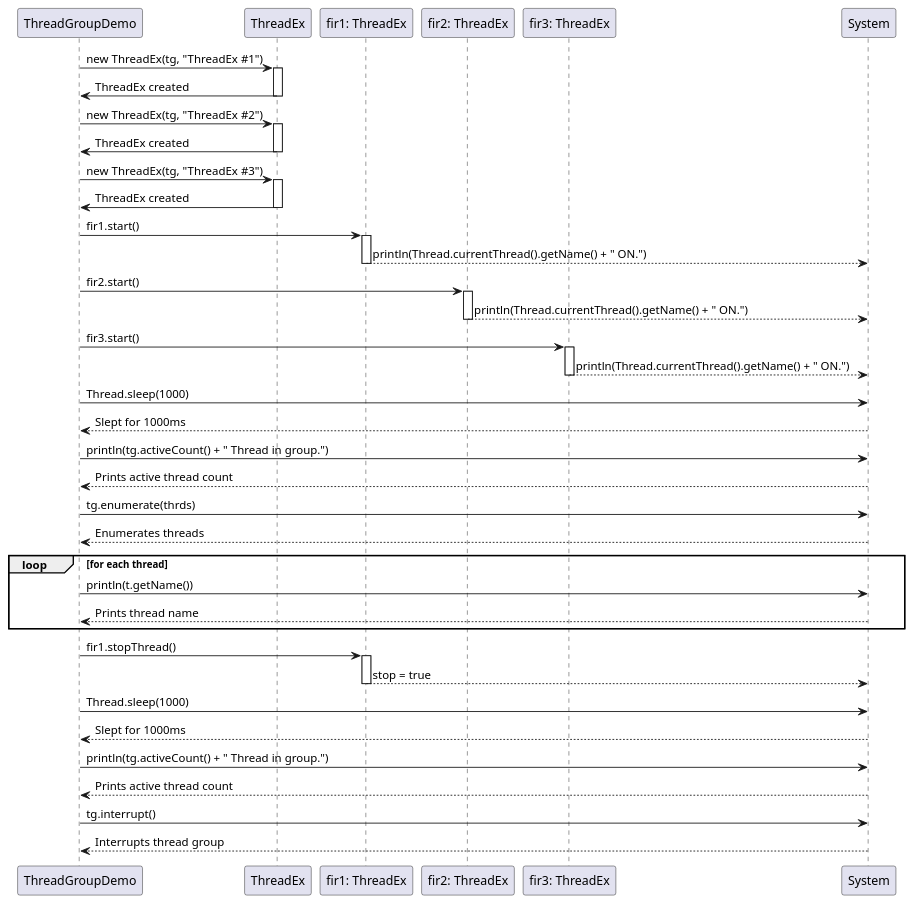
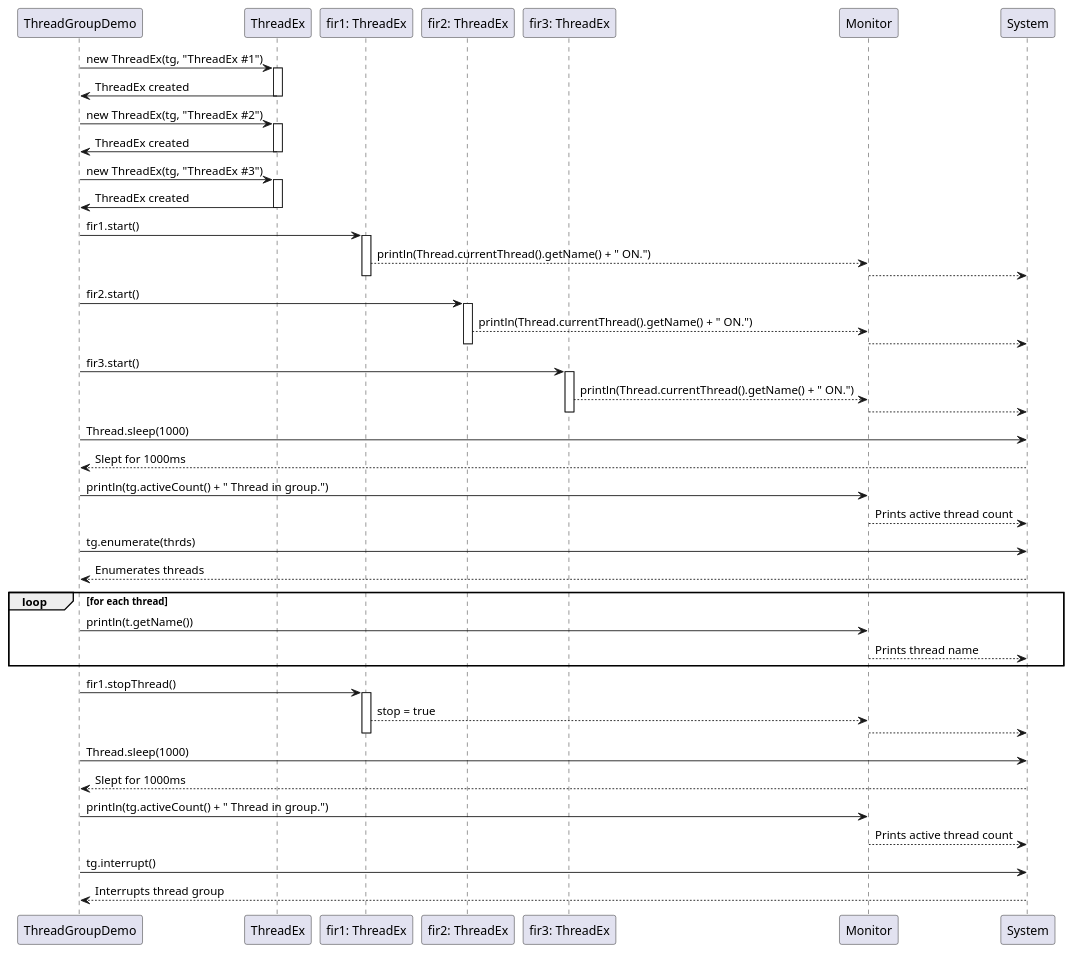
One commit to ileacosmin/IleaCosmin_30333_RTSLAB changed the diagram in RTS/src/Lab3/example4/diagrams/sequenceDiagram.puml. Above: the diagram before and after it, drawn with PlantUML. The commit also changed 20 other files, not shown here.

```diff
--- a/RTS/src/Lab3/example4/diagrams/sequenceDiagram.puml
+++ b/RTS/src/Lab3/example4/diagrams/sequenceDiagram.puml
@@ -1,68 +1,73 @@
 @startuml
 
 participant "ThreadGroupDemo" as ThreadGroupDemo
 participant "ThreadEx" as ThreadEx
 participant "fir1: ThreadEx" as fir1
 participant "fir2: ThreadEx" as fir2
 participant "fir3: ThreadEx" as fir3
+participant "Monitor" as Monitor
 participant "System" as System
 
 ThreadGroupDemo -> ThreadEx: new ThreadEx(tg, "ThreadEx #1")
 activate ThreadEx
 ThreadEx -> ThreadGroupDemo: ThreadEx created
 deactivate ThreadEx
 
 ThreadGroupDemo -> ThreadEx: new ThreadEx(tg, "ThreadEx #2")
 activate ThreadEx
 ThreadEx -> ThreadGroupDemo: ThreadEx created
 deactivate ThreadEx
 
 ThreadGroupDemo -> ThreadEx: new ThreadEx(tg, "ThreadEx #3")
 activate ThreadEx
 ThreadEx -> ThreadGroupDemo: ThreadEx created
 deactivate ThreadEx
 
 ThreadGroupDemo -> fir1: fir1.start()
 activate fir1
-fir1 --> System: println(Thread.currentThread().getName() + " ON.")
+fir1 --> Monitor: println(Thread.currentThread().getName() + " ON.")
+Monitor --> System
 deactivate fir1
 
 ThreadGroupDemo -> fir2: fir2.start()
 activate fir2
-fir2 --> System: println(Thread.currentThread().getName() + " ON.")
+fir2 --> Monitor: println(Thread.currentThread().getName() + " ON.")
+Monitor --> System
 deactivate fir2
 
 ThreadGroupDemo -> fir3: fir3.start()
 activate fir3
-fir3 --> System: println(Thread.currentThread().getName() + " ON.")
+fir3 --> Monitor: println(Thread.currentThread().getName() + " ON.")
+Monitor --> System
 deactivate fir3
 
 ThreadGroupDemo -> System: Thread.sleep(1000)
 System --> ThreadGroupDemo: Slept for 1000ms
 
-ThreadGroupDemo -> System: println(tg.activeCount() + " Thread in group.")
-System --> ThreadGroupDemo: Prints active thread count
+ThreadGroupDemo -> Monitor: println(tg.activeCount() + " Thread in group.")
+Monitor --> System: Prints active thread count
 
 ThreadGroupDemo -> System: tg.enumerate(thrds)
 System --> ThreadGroupDemo: Enumerates threads
 
 loop for each thread
-    ThreadGroupDemo -> System: println(t.getName())
-    System --> ThreadGroupDemo: Prints thread name
+    ThreadGroupDemo -> Monitor: println(t.getName())
+    Monitor --> System: Prints thread name
 end
 
 ThreadGroupDemo -> fir1: fir1.stopThread()
 activate fir1
-fir1 --> System: stop = true
+fir1 --> Monitor: stop = true
+Monitor --> System
 deactivate fir1
 
 ThreadGroupDemo -> System: Thread.sleep(1000)
 System --> ThreadGroupDemo: Slept for 1000ms
 
-ThreadGroupDemo -> System: println(tg.activeCount() + " Thread in group.")
-System --> ThreadGroupDemo: Prints active thread count
+ThreadGroupDemo -> Monitor: println(tg.activeCount() + " Thread in group.")
+Monitor --> System: Prints active thread count
 
 ThreadGroupDemo -> System: tg.interrupt()
 System --> ThreadGroupDemo: Interrupts thread group
 
 @enduml
```
